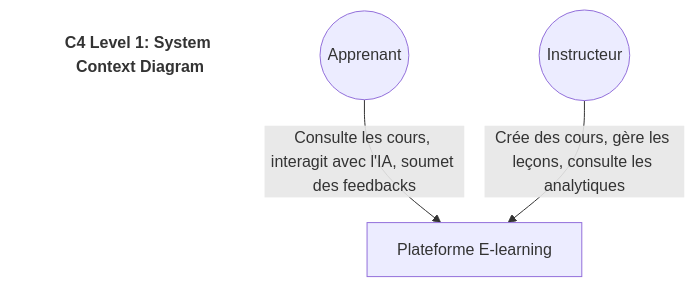
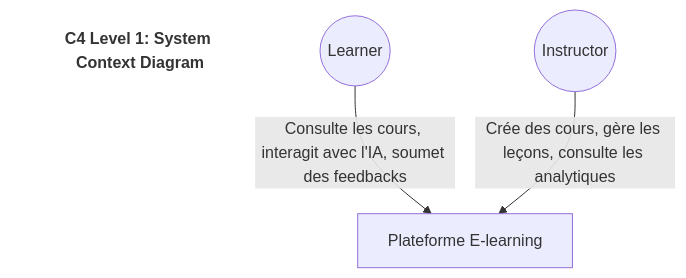
One commit to Sen-Se1/elearning-microservice-platform changed the first of 10 diagrams in architecture.md. Above: the diagram before and after it, drawn with Mermaid. The commit also changed other lines of this file, not shown here.

Commit message:
docs: localize architecture terminology to English and refine Use Case diagrams

````diff
--- a/architecture.md
+++ b/architecture.md
@@ -12,13 +12,13 @@
 ```mermaid
 flowchart TD
     title["C4 Level 1: System Context Diagram"]
     style title fill:none,stroke:none,font-weight:bold,font-size:16px
     
-    Student((Apprenant))
-    Instructor((Instructeur))
+    Learner((Learner))
+    Instructor((Instructor))
     
     System[Plateforme E-learning]
     
-    Student -->|Consulte les cours, interagit avec l'IA, soumet des feedbacks| System
+    Learner -->|Consulte les cours, interagit avec l'IA, soumet des feedbacks| System
     Instructor -->|Crée des cours, gère les leçons, consulte les analytiques| System
 ```
````
